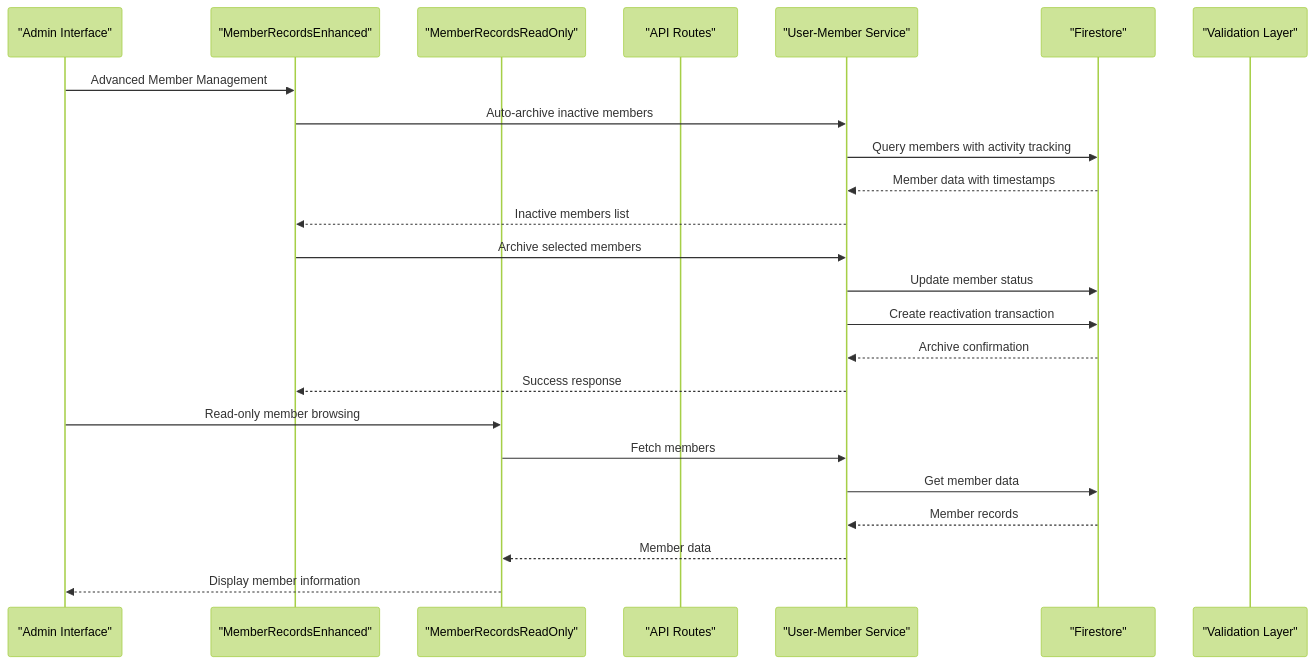
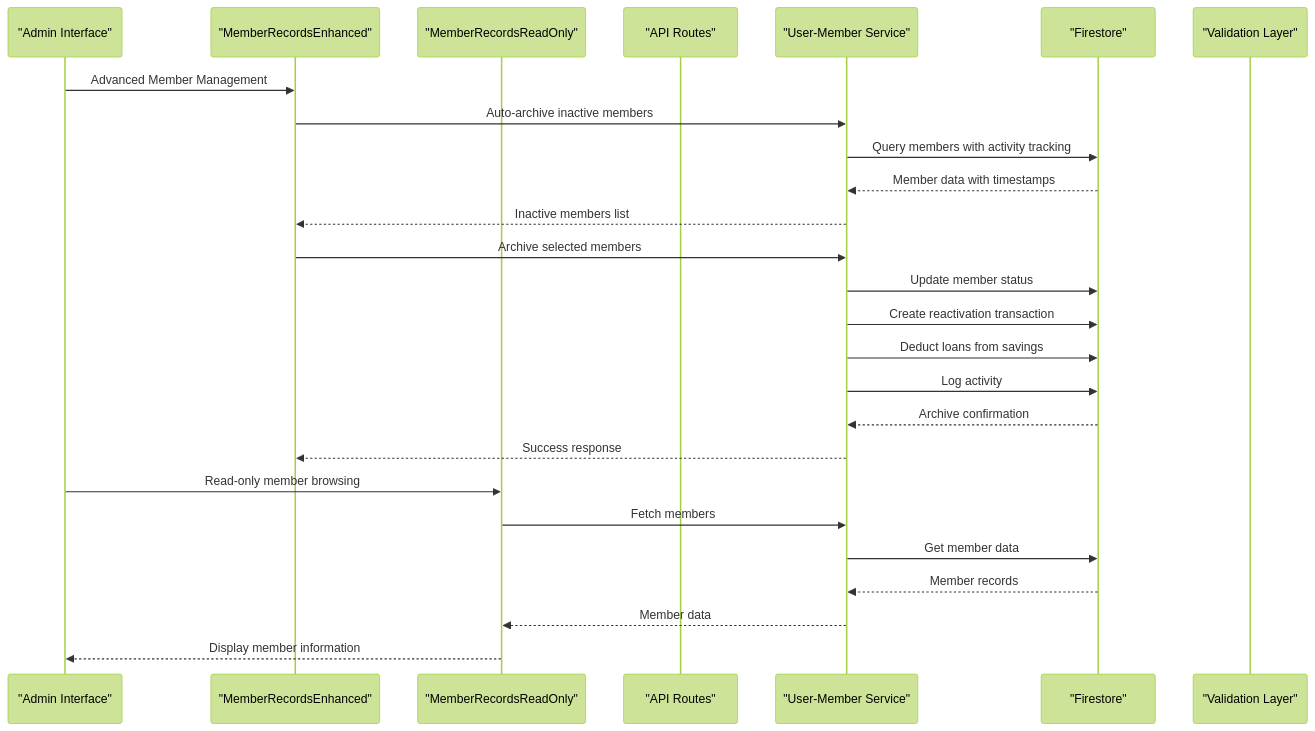
The fourth of 14 diagrams in .qoder/repowiki/en/content/Member Management System/Member Records System.md (Unsure-bry/sampacoop_system), drawn with Mermaid (forest theme) before and after one commit. The commit also changed other lines of this file and 4 other files, not shown here.

````diff
--- a/.qoder/repowiki/en/content/Member Management System/Member Records System.md
+++ b/.qoder/repowiki/en/content/Member Management System/Member Records System.md
@@ -258,26 +274,28 @@
 ```mermaid
 sequenceDiagram
 participant Client as "Admin Interface"
 participant Enhanced as "MemberRecordsEnhanced"
 participant ReadOnly as "MemberRecordsReadOnly"
 participant API as "API Routes"
 participant Service as "User-Member Service"
 participant Firestore as "Firestore"
 participant Validation as "Validation Layer"
 Client->>Enhanced : Advanced Member Management
 Enhanced->>Service : Auto-archive inactive members
 Service->>Firestore : Query members with activity tracking
 Firestore-->>Service : Member data with timestamps
 Service-->>Enhanced : Inactive members list
 Enhanced->>Service : Archive selected members
 Service->>Firestore : Update member status
 Service->>Firestore : Create reactivation transaction
+Service->>Firestore : Deduct loans from savings
+Service->>Firestore : Log activity
 Firestore-->>Service : Archive confirmation
 Service-->>Enhanced : Success response
 Client->>ReadOnly : Read-only member browsing
 ReadOnly->>Service : Fetch members
 Service->>Firestore : Get member data
 Firestore-->>Service : Member records
 Service-->>ReadOnly : Member data
 ReadOnly-->>Client : Display member information
 ```
````
